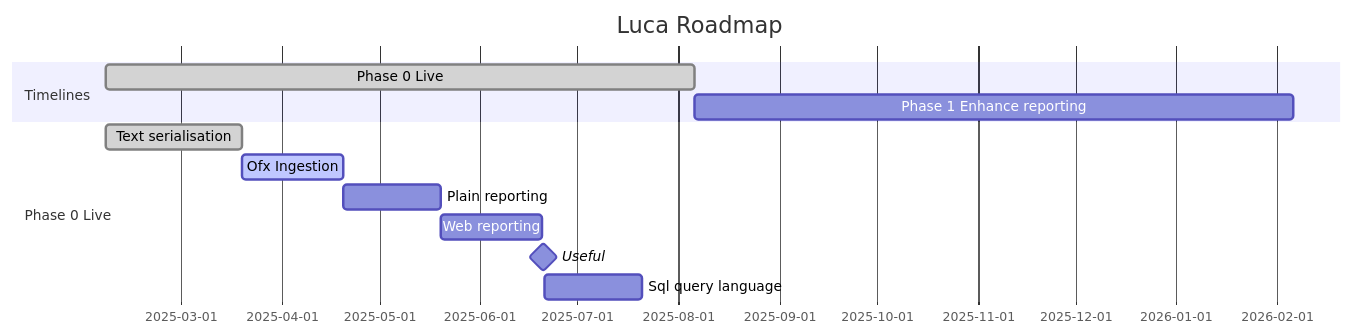
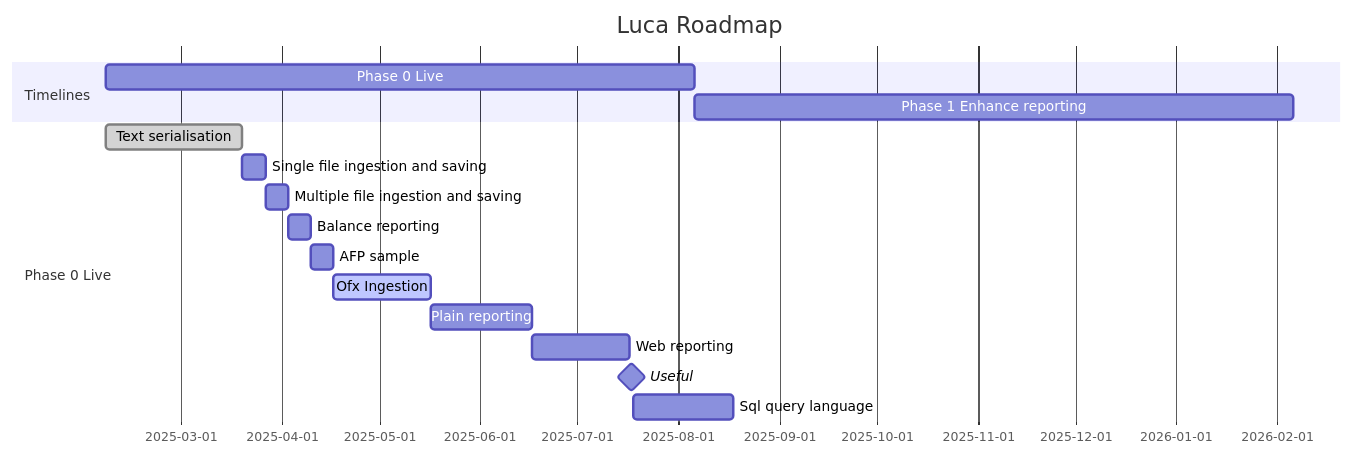
One commit to drummonds/luca changed the diagram in README.md. Above: the diagram before and after it, drawn with Mermaid. The commit also changed other lines of this file and 18 other files, not shown here.

````diff
--- a/README.md
+++ b/README.md
@@ -141,18 +144,22 @@
 ```mermaid
 gantt
     title Luca Roadmap
     dateFormat  YYYY-MM-DD
 
     section Timelines
-    Phase 0 Live         :done, t1,  2025-02-06, 6M
+    Phase 0 Live         :t1,  2025-02-06, 6M
     Phase 1 Enhance reporting     :t2,  after t1, 6M
 
     section Phase 0 Live
     Text serialisation    : done, a1, 2025-02-06, 6w
-    Ofx Ingestion         :active, a2, after a1, 1M
+    Single file ingestion and saving : a11, after a1, 1w
+    Multiple file ingestion and saving : a12, after a11, 1w
+    Balance reporting : a13, after a12, 1w
+    AFP sample : a14, after a13, 1w
+    Ofx Ingestion         :active, a2, after a14, 1M
     Plain reporting       :a3, after a2, 1M
     Web reporting         :a4, after a3, 1M
     Useful                :milestone, a5, after a4, 1d
     Sql query language    :a6, after a5, 1M
 
 ```
````
